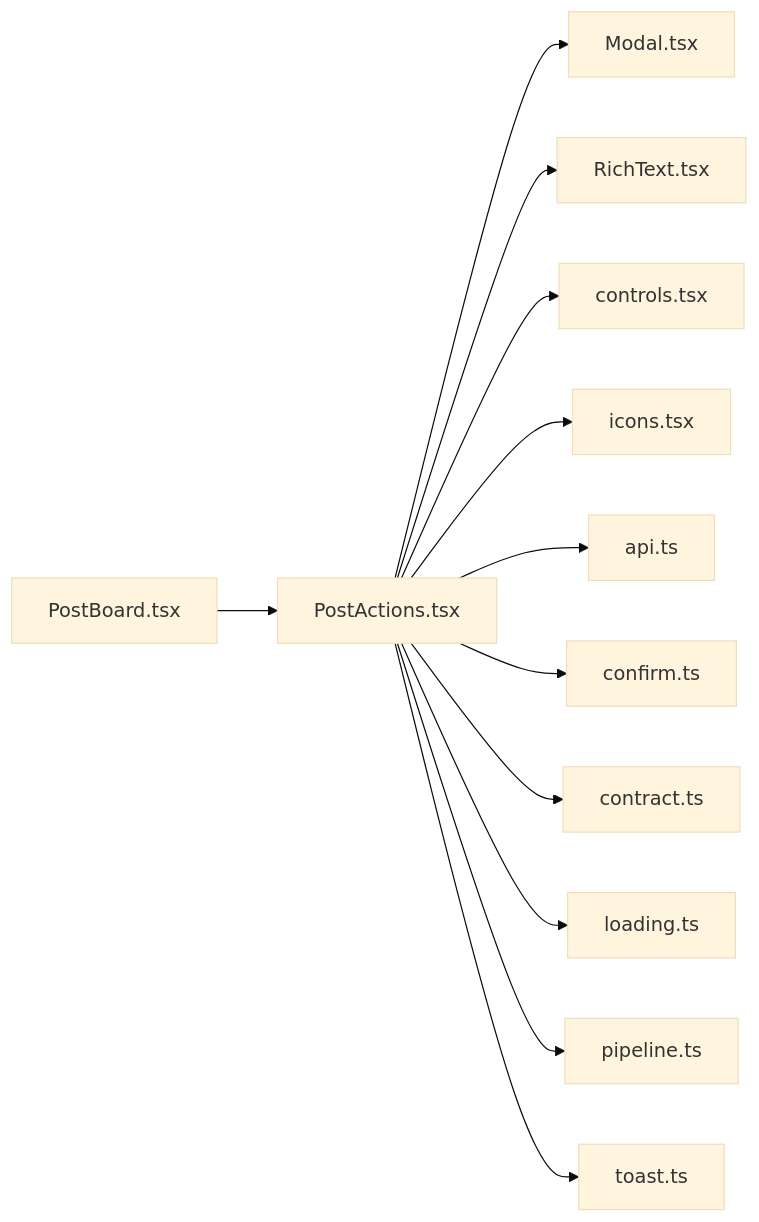
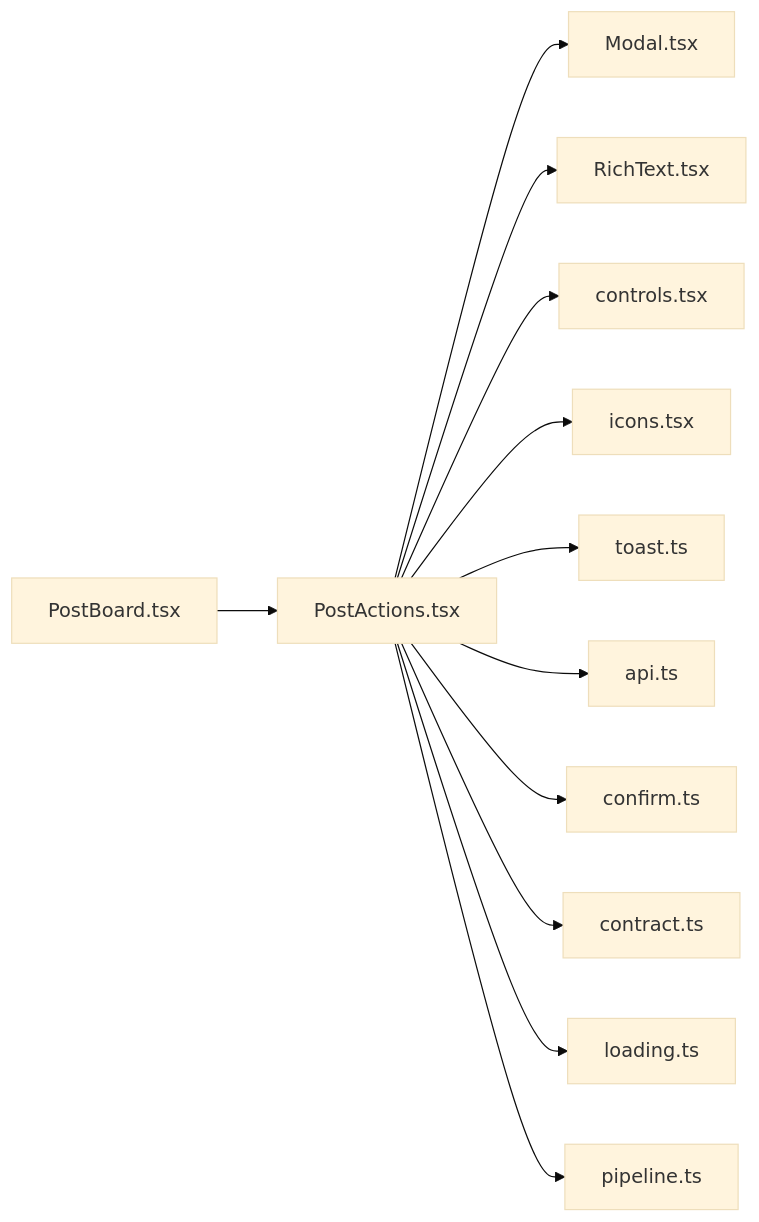
Before and after one commit to minkong-dev/Banblit: the diagram in .cluedoc/graph/frontend/src/components/PostActions.md, drawn with Mermaid (base theme). The commit also changed other lines of this file and 47 other files, not shown here.

Commit message:
frontend: move toast into components

````diff
--- a/.cluedoc/graph/frontend/src/components/PostActions.md
+++ b/.cluedoc/graph/frontend/src/components/PostActions.md
@@ -10,15 +10,15 @@
 ```mermaid
 flowchart LR
   frontend_src_components_PostActions["PostActions.tsx"]
   frontend_src_components_PostActions --> frontend_src_components_Modal["Modal.tsx"]
   frontend_src_components_PostActions --> frontend_src_components_RichText["RichText.tsx"]
   frontend_src_components_PostActions --> frontend_src_components_controls["controls.tsx"]
   frontend_src_components_PostActions --> frontend_src_components_icons["icons.tsx"]
+  frontend_src_components_PostActions --> frontend_src_components_toast["toast.ts"]
   frontend_src_components_PostActions --> frontend_src_lib_api["api.ts"]
   frontend_src_components_PostActions --> frontend_src_lib_confirm["confirm.ts"]
   frontend_src_components_PostActions --> frontend_src_lib_contract["contract.ts"]
   frontend_src_components_PostActions --> frontend_src_lib_loading["loading.ts"]
   frontend_src_components_PostActions --> frontend_src_lib_pipeline["pipeline.ts"]
-  frontend_src_components_PostActions --> frontend_src_lib_toast["toast.ts"]
   frontend_src_components_PostBoard["PostBoard.tsx"] --> frontend_src_components_PostActions
 ```
````
